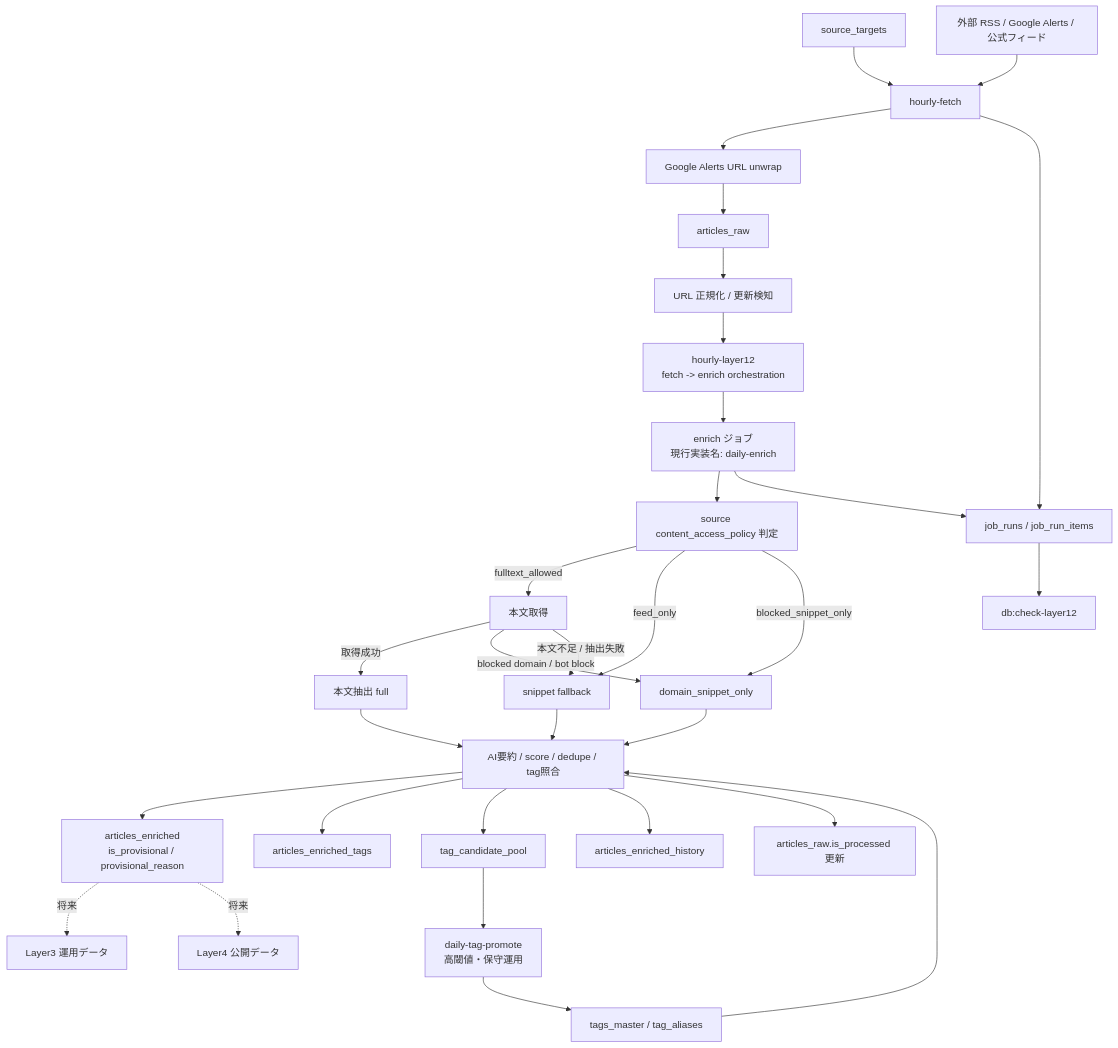
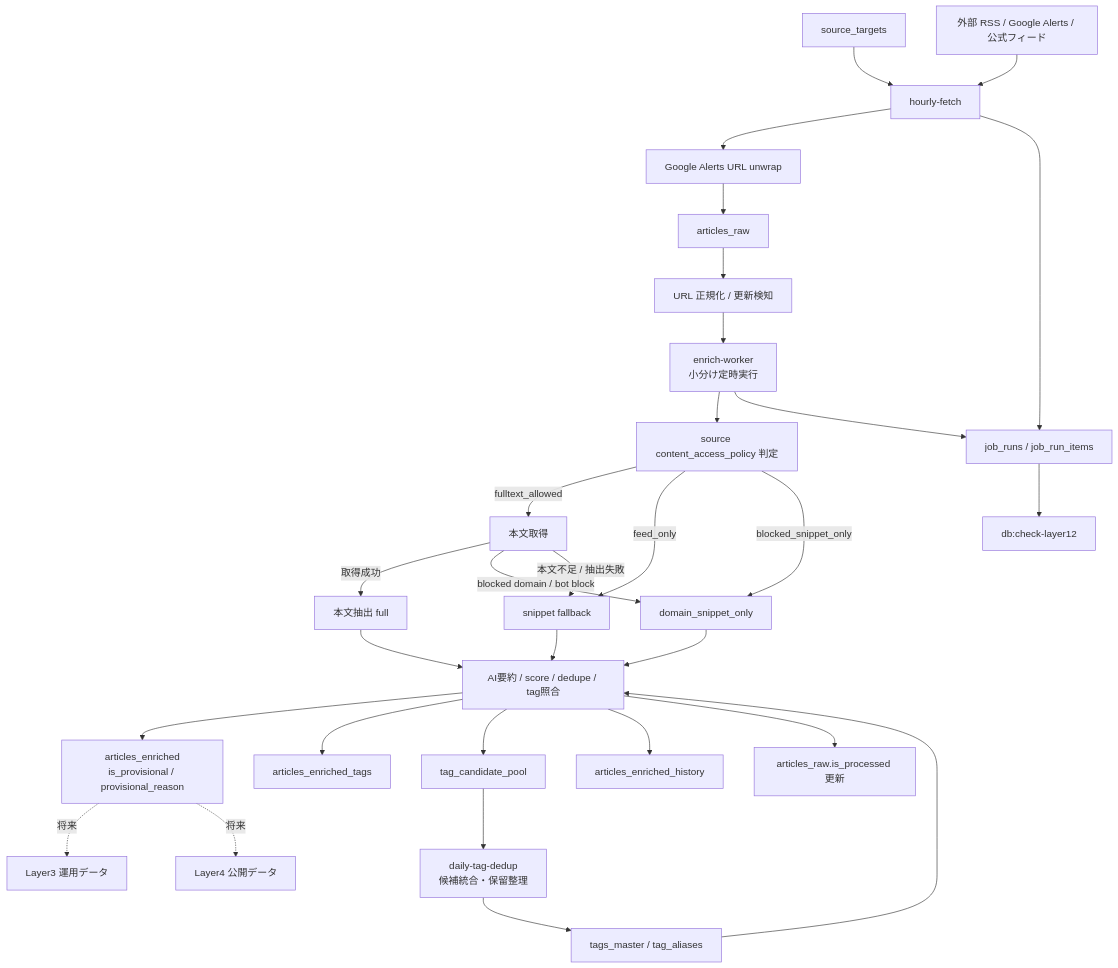
The seventh of 9 diagrams in docs/imp/flowchart.md (rohto4/ai-hub), drawn with Mermaid before and after one commit. The commit also changed other lines of this file and 9 other files, not shown here.

````diff
--- a/docs/imp/flowchart.md
+++ b/docs/imp/flowchart.md
@@ -385,42 +387,41 @@
 ```mermaid
 flowchart TB
     S["source_targets"] --> F["hourly-fetch"]
     X["外部 RSS / Google Alerts / 公式フィード"] --> F
 
     F --> U["Google Alerts URL unwrap"]
     U --> R["articles_raw"]
 
     R --> N["URL 正規化 / 更新検知"]
-    N --> O["hourly-layer12<br/>fetch -> enrich orchestration"]
-    O --> E["enrich ジョブ<br/>現行実装名: daily-enrich"]
+    N --> E["enrich-worker<br/>小分け定時実行"]
 
     E --> P0["source content_access_policy 判定"]
     P0 -->|fulltext_allowed| C["本文取得"]
     P0 -->|feed_only| SN["snippet fallback"]
     P0 -->|blocked_snippet_only| DS["domain_snippet_only"]
     C -->|取得成功| P["本文抽出 full"]
     C -->|blocked domain / bot block| DS
     C -->|本文不足 / 抽出失敗| SN
 
     P --> A["AI要約 / score / dedupe / tag照合"]
     DS --> A
     SN --> A
 
     A --> L2["articles_enriched<br/>is_provisional / provisional_reason"]
     A --> T["articles_enriched_tags"]
     A --> TC["tag_candidate_pool"]
     A --> H["articles_enriched_history"]
     A --> RR["articles_raw.is_processed 更新"]
 
     F --> J["job_runs / job_run_items"]
     E --> J
 
     J --> K["db:check-layer12"]
 
-    TC --> TP["daily-tag-promote<br/>高閾値・保守運用"]
+    TC --> TP["daily-tag-dedup<br/>候補統合・保留整理"]
     TP --> TM["tags_master / tag_aliases"]
     TM --> A
 
     L2 -. 将来 .-> L3["Layer3 運用データ"]
     L2 -. 将来 .-> L4["Layer4 公開データ"]
 ```
````
